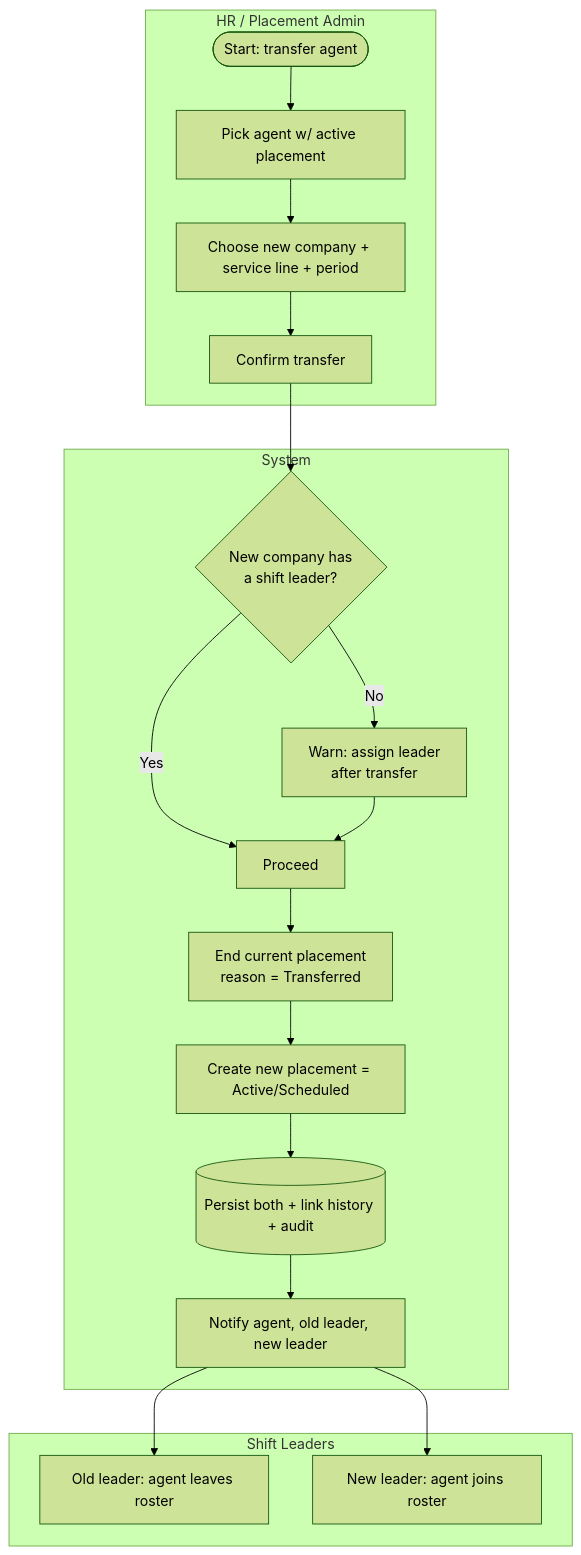
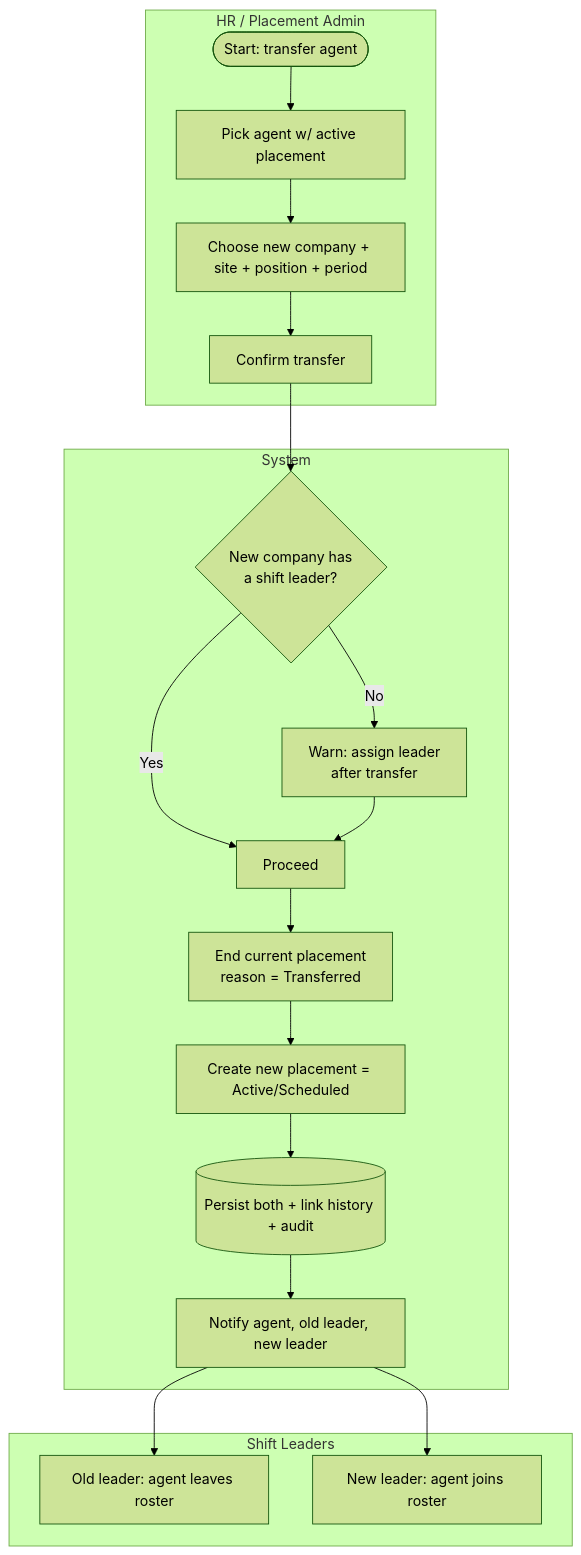
One commit to hariszaki17/hris-outsource changed the fourth of 6 diagrams in docs/epics/E3-placement/FEATURE.md. Above: the diagram before and after it, drawn with Mermaid (forest theme). The commit also changed other lines of this file and 239 other files, not shown here.

First line of the commit message:
feat!: remove service line concept end-to-end

````diff
--- a/docs/epics/E3-placement/FEATURE.md
+++ b/docs/epics/E3-placement/FEATURE.md
@@ -174,22 +173,22 @@
 ```mermaid
 flowchart TD
     subgraph HR[HR / Placement Admin]
         T1([Start: transfer agent]) --> T2[Pick agent w/ active placement]
-        T2 --> T3[Choose new company + service line + period]
+        T2 --> T3[Choose new company + site + position + period]
         T3 --> T6[Confirm transfer]
     end
     subgraph SYS[System]
         T6 --> V1{New company has<br/>a shift leader?}
         V1 -- No --> V2[Warn: assign leader<br/>after transfer]
         V1 -- Yes --> V3[Proceed]
         V2 --> V3
         V3 --> V4[End current placement<br/>reason = Transferred]
         V4 --> V5[Create new placement = Active/Scheduled]
         V5 --> V6[(Persist both + link history + audit)]
         V6 --> V7[Notify agent, old leader, new leader]
     end
     subgraph SL[Shift Leaders]
         V7 --> L1[Old leader: agent leaves roster]
         V7 --> L2[New leader: agent joins roster]
     end
 ```
````
